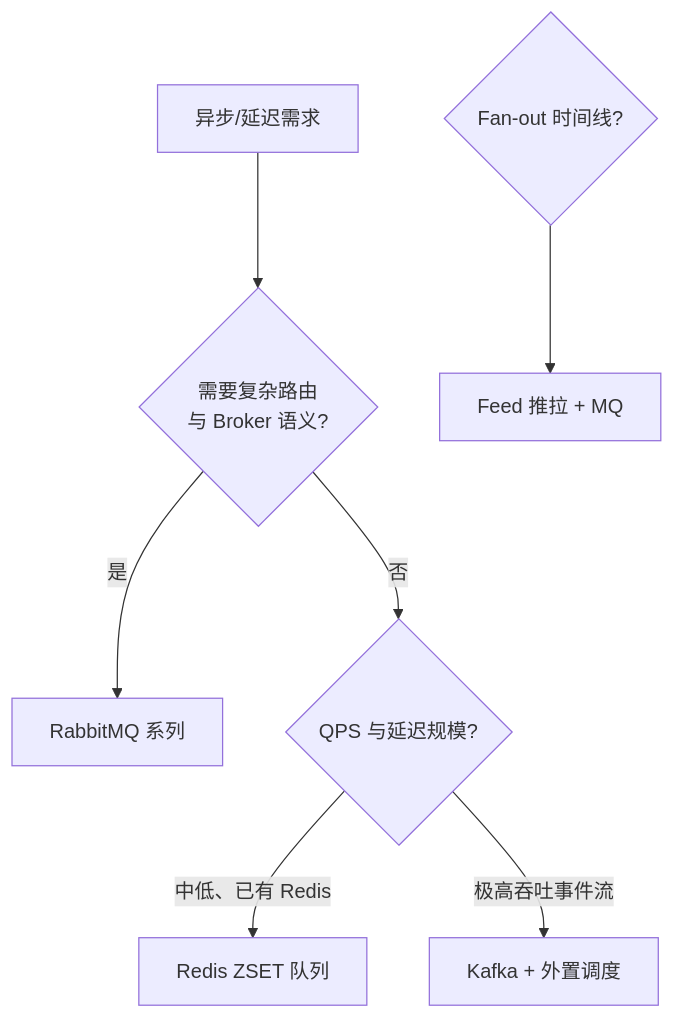
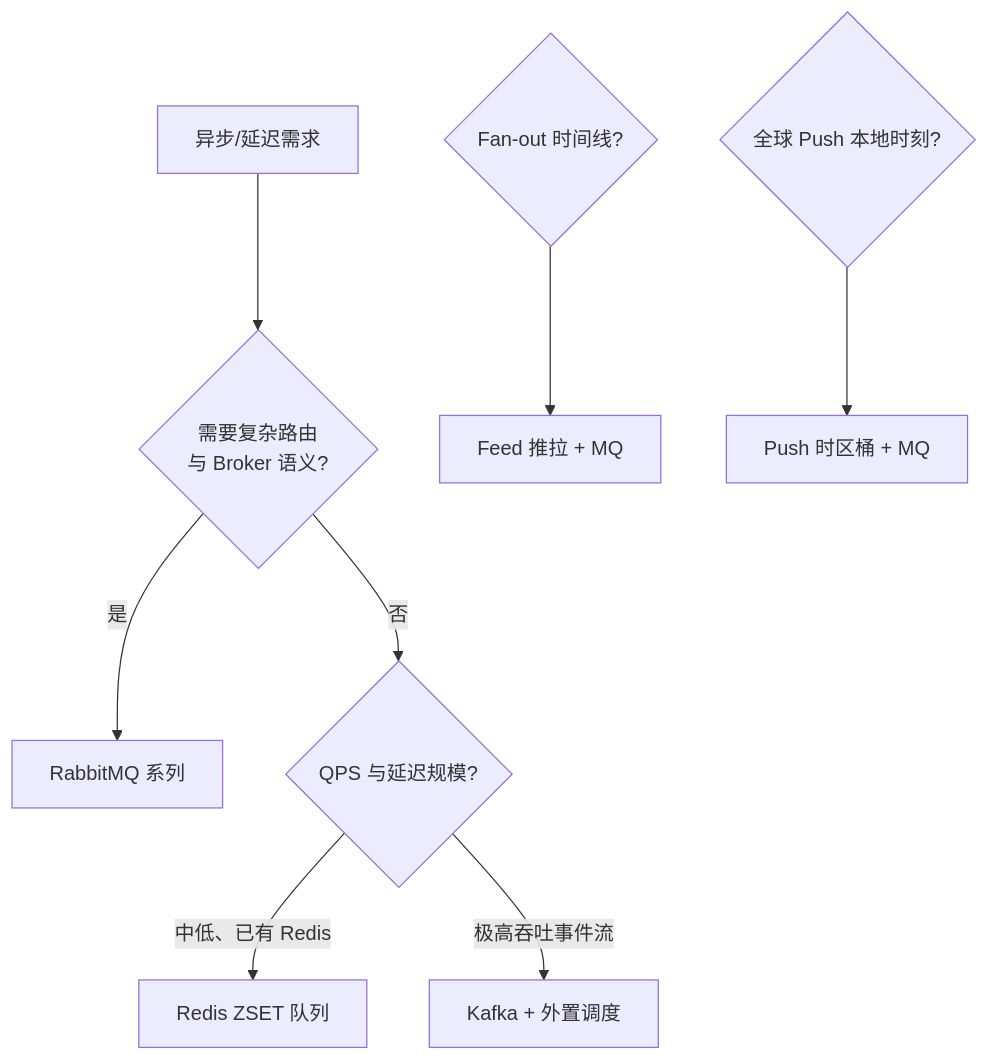
The diagram in messaging/README.md (CaiCandong/wiki-note), drawn with Mermaid before and after one commit. The commit also changed other lines of this file and 4 other files, not shown here.

````diff
--- a/messaging/README.md
+++ b/messaging/README.md
@@ -18,9 +19,10 @@
 ```mermaid
 flowchart TD
     Q[异步/延迟需求] --> Q1{需要复杂路由<br/>与 Broker 语义?}
     Q1 -->|是| RMQ[RabbitMQ 系列]
     Q1 -->|否| Q2{QPS 与延迟规模?}
     Q2 -->|中低、已有 Redis| ZSET[Redis ZSET 队列]
     Q2 -->|极高吞吐事件流| KFK[Kafka + 外置调度]
     Q3{Fan-out 时间线?} --> FEED[Feed 推拉 + MQ]
+    Q4{全球 Push 本地时刻?} --> PUSH[Push 时区桶 + MQ]
 ```
````
